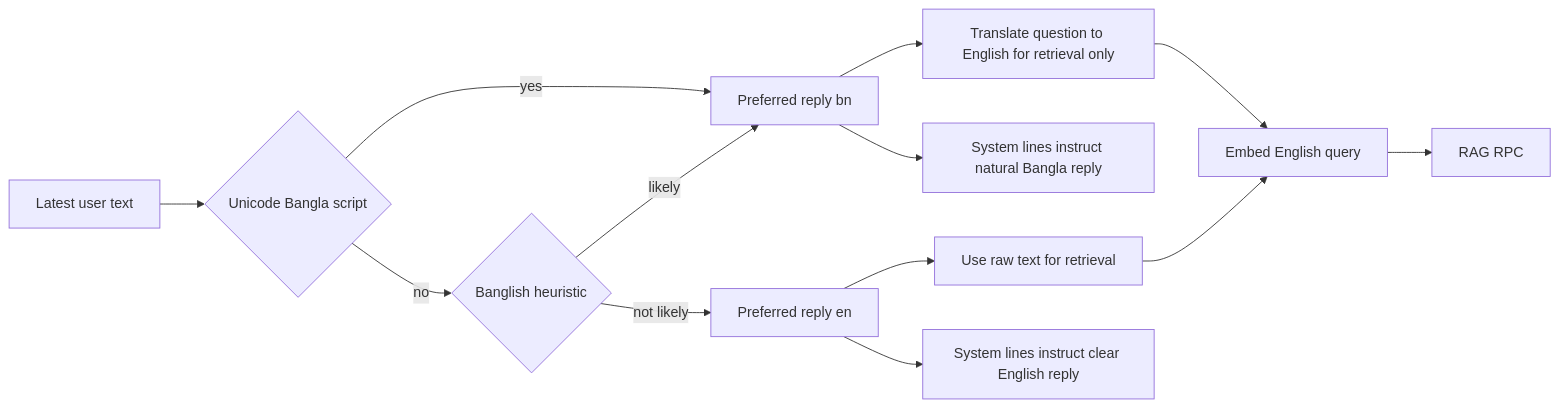
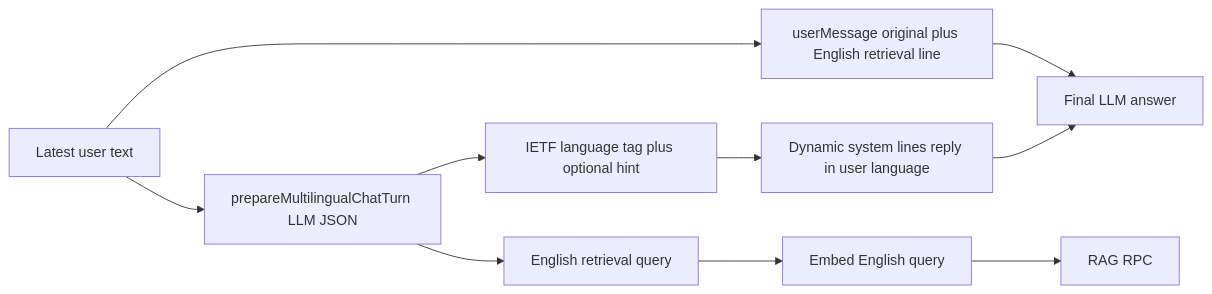
One commit to AlifDevPro/maacare changed the seventh of 13 diagrams in docs/ARCHITECTURE.md. Above: the diagram before and after it, drawn with Mermaid. The commit also changed other lines of this file and 3 other files, not shown here.

First line of the commit message:
feat(chat): multilingual prep for English RAG and reply in user language

````diff
--- a/docs/ARCHITECTURE.md
+++ b/docs/ARCHITECTURE.md
@@ -263,15 +257,12 @@
 ```mermaid
 flowchart LR
-  u[Latest user text] --> d{Unicode Bangla script}
-  d -->|yes| bn[Preferred reply bn]
-  d -->|no| b2{Banglish heuristic}
-  b2 -->|likely| bn
-  b2 -->|not likely| en[Preferred reply en]
-  bn --> t[Translate question to English for retrieval only]
-  en --> r[Use raw text for retrieval]
-  t --> e[Embed English query]
-  r --> e
+  u[Latest user text] --> prep[prepareMultilingualChatTurn LLM JSON]
+  prep --> tag[IETF language tag plus optional hint]
+  prep --> qe[English retrieval query]
+  qe --> e[Embed English query]
   e --> rpc[RAG RPC]
-  bn --> sys[System lines instruct natural Bangla reply]
-  en --> sys2[System lines instruct clear English reply]
+  tag --> sys[Dynamic system lines reply in user language]
+  u --> usr[userMessage original plus English retrieval line]
+  usr --> fin[Final LLM answer]
+  sys --> fin
 ```
````
